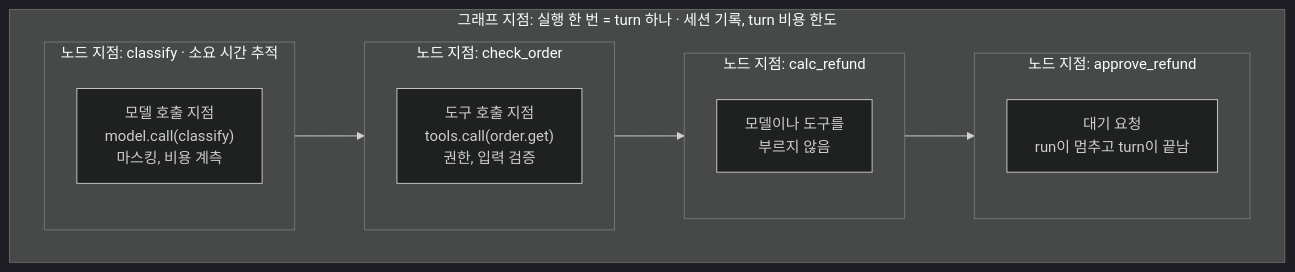
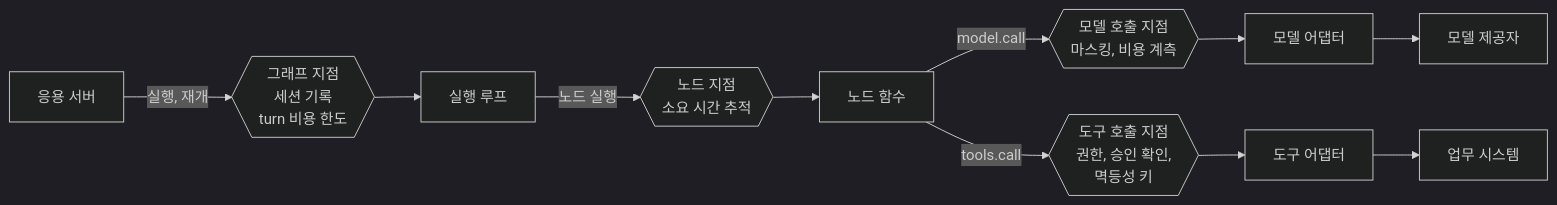
Diagram 23 of 28 in 00.architecture.md (iwindfree/ai-agent-framework-architecture), drawn with Mermaid (dark theme) before and after one commit. The commit also changed other lines of this file, not shown here.

Commit message:
Redraw 5.4.1 as middleware gates on call paths

````diff
--- a/00.architecture.md
+++ b/00.architecture.md
@@ -1938,19 +1938,11 @@
 ```mermaid
-flowchart TB
-    subgraph G["그래프 지점: 실행 한 번 = turn 하나 · 세션 기록, turn 비용 한도"]
-        direction LR
-        subgraph N1["노드 지점: classify · 소요 시간 추적"]
-            M1["모델 호출 지점<br/>model.call(classify)<br/>마스킹, 비용 계측"]
-        end
-        subgraph N2["노드 지점: check_order"]
-            T1["도구 호출 지점<br/>tools.call(order.get)<br/>권한, 입력 검증"]
-        end
-        subgraph N3["노드 지점: calc_refund"]
-            X3["모델이나 도구를<br/>부르지 않음"]
-        end
-        subgraph N4["노드 지점: approve_refund"]
-            W4["대기 요청<br/>run이 멈추고 turn이 끝남"]
-        end
-        N1 --> N2 --> N3 --> N4
-    end
+flowchart LR
+    A[응용 서버] -->|실행, 재개| G{{그래프 지점<br/>세션 기록<br/>turn 비용 한도}}
+    G --> L[실행 루프]
+    L -->|노드 실행| N{{노드 지점<br/>소요 시간 추적}}
+    N --> F[노드 함수]
+    F -->|model.call| M{{모델 호출 지점<br/>마스킹, 비용 계측}}
+    M --> MA[모델 어댑터] --> P[모델 제공자]
+    F -->|tools.call| T{{도구 호출 지점<br/>권한, 승인 확인,<br/>멱등성 키}}
+    T --> TA[도구 어댑터] --> B[업무 시스템]
 ```
````
